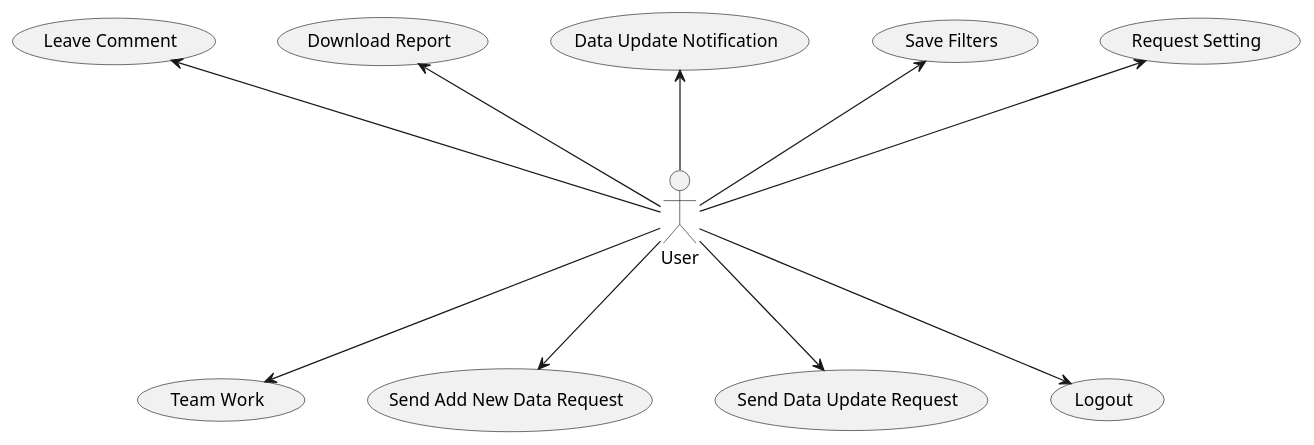
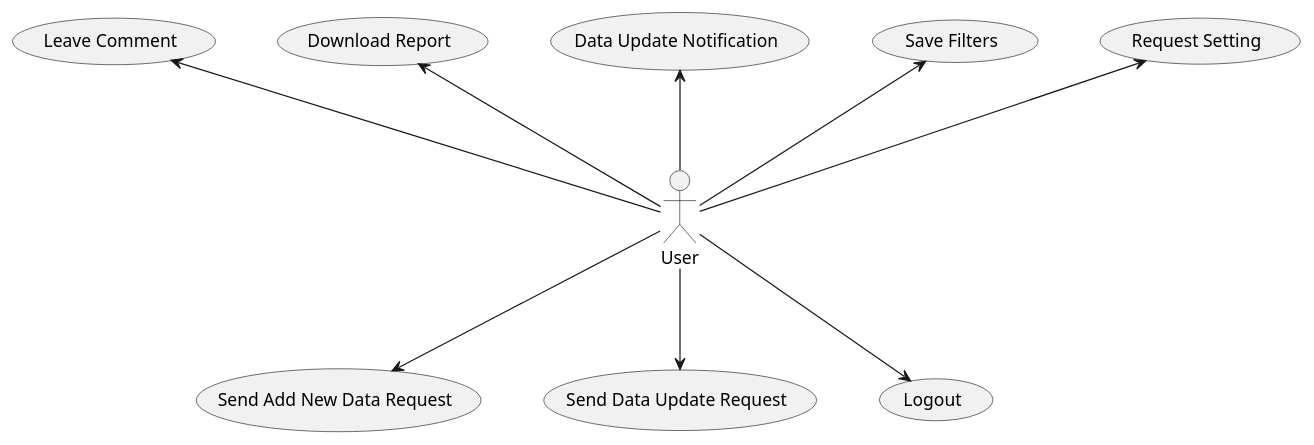
Before and after one commit to panther21Lw/db_labs_io31: the third of 24 diagrams in docs/use cases/README.md, drawn with PlantUML. The commit also changed other lines of this file and 1 other file, not shown here.

Commit message:
Delete TeamWork usecase

```diff
--- a/docs/use cases/README.md
+++ b/docs/use cases/README.md
@@ -125,29 +122,27 @@
 @startuml
 
     skinparam monochrome true
     skinparam ranksep 80
     skinparam nodesep 50
 
     actor User
     
     usecase "Request Setting" as URequestSetting
     usecase "Save Filters" as USaveFilters
     usecase "Data Update Notification" as UDataUpdateNotification
     usecase "Download Report" as UDownloadReport
     usecase "Leave Comment" as ULeaveComment
-    usecase "Team Work" as UTeamWork
     usecase "Send Add New Data Request" as USendAddNewDataRequest
     usecase "Send Data Update Request" as USendDataUpdateRequest
     usecase "Logout" as ULogout
 
     User -up-> URequestSetting
     User -up-> USaveFilters
     User -up-> UDataUpdateNotification
     User -up-> UDownloadReport
     User -up-> ULeaveComment
-    User -down-> UTeamWork
     User -down-> USendAddNewDataRequest
     User -down-> USendDataUpdateRequest
     User -down-> ULogout
 
 @enduml
```
